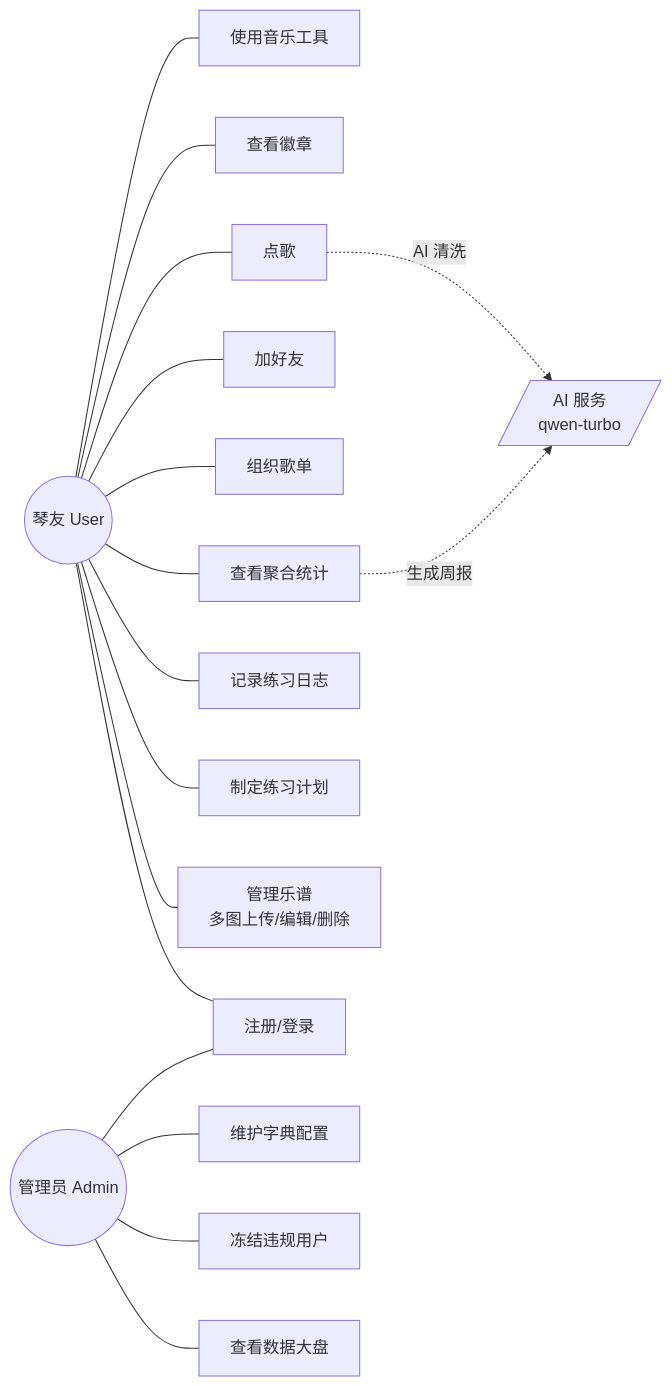
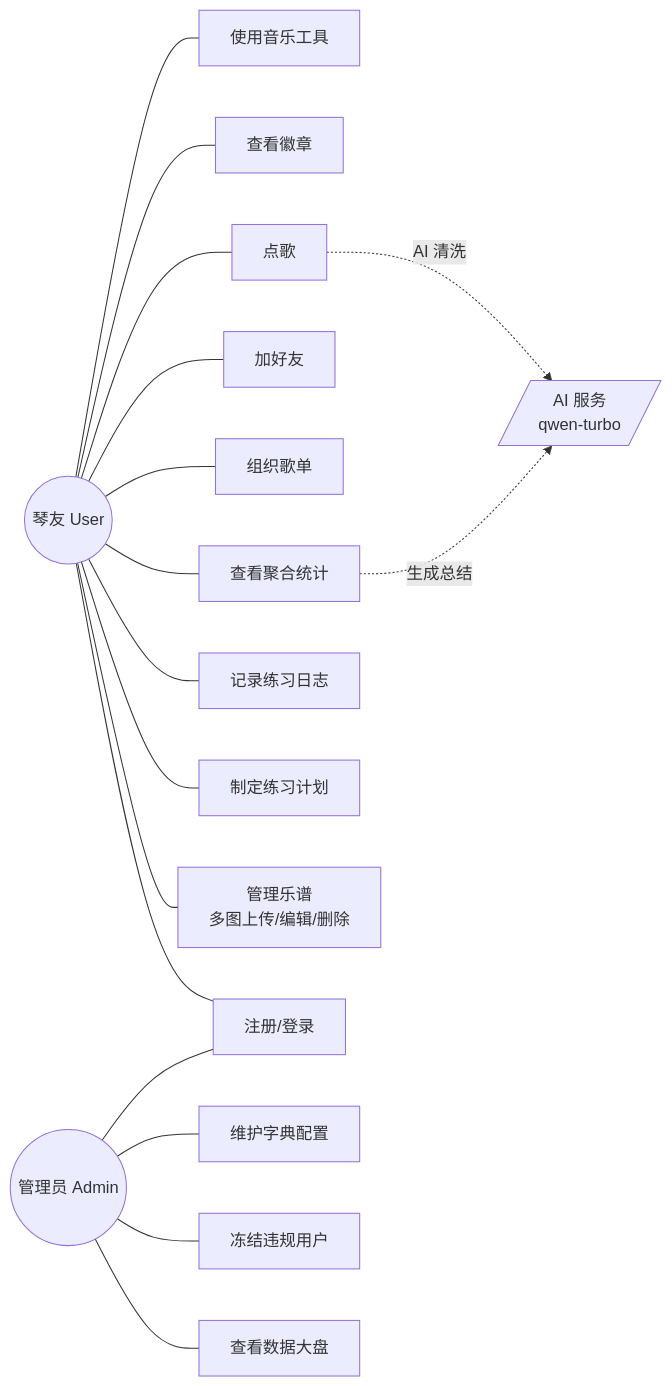
Before and after one commit to jungle122/LyraScore_web: the first of 3 diagrams in docs/实验报告_草稿.md, drawn with Mermaid. The commit also changed other lines of this file and 8 other files, not shown here.

````diff
--- a/docs/实验报告_草稿.md
+++ b/docs/实验报告_草稿.md
@@ -142,28 +142,28 @@
 ```mermaid
 graph LR
     User((琴友 User))
     Admin((管理员 Admin))
     AI[/"AI 服务<br/>qwen-turbo"/]
 
     %% 普通用户用例
     User --- UC1[注册/登录]
     User --- UC2[管理乐谱<br/>多图上传/编辑/删除]
     User --- UC3[制定练习计划]
     User --- UC4[记录练习日志]
     User --- UC5[查看聚合统计]
     User --- UC6[组织歌单]
     User --- UC7[加好友]
     User --- UC8[点歌]
     User --- UC9[查看徽章]
     User --- UC10[使用音乐工具]
 
     %% 管理员用例
     Admin --- UC11[查看数据大盘]
     Admin --- UC12[冻结违规用户]
     Admin --- UC13[维护字典配置]
     Admin --- UC1
 
     %% AI 关联
     UC8 -.AI 清洗.-> AI
-    UC5 -.生成周报.-> AI
+    UC5 -.生成总结.-> AI
 ```
````
